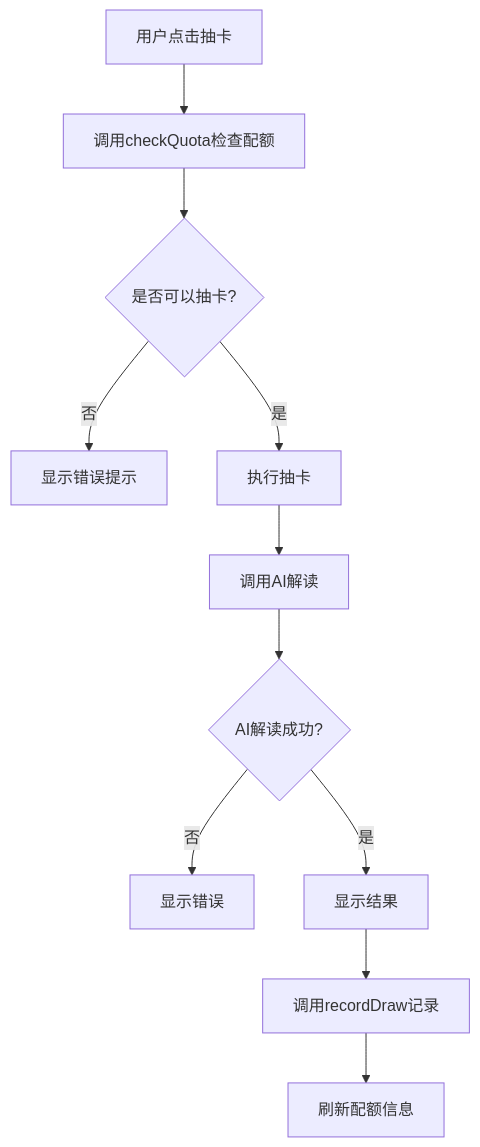
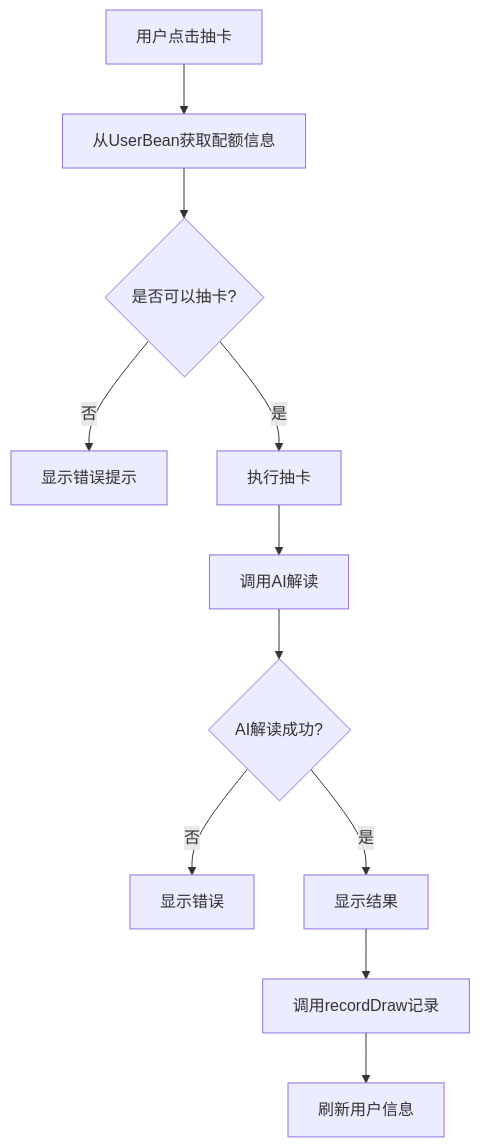
The diagram in docs/api/drawCardManagement-api.md (jiucongtian/lianshanyi_miniapp_saas), drawn with Mermaid before and after one commit. The commit also changed other lines of this file and 11 other files, not shown here.

````diff
--- a/docs/api/drawCardManagement-api.md
+++ b/docs/api/drawCardManagement-api.md
@@ -20,13 +20,13 @@
 ```mermaid
 graph TD
-    A[用户点击抽卡] --> B[调用checkQuota检查配额]
+    A[用户点击抽卡] --> B[从UserBean获取配额信息]
     B --> C{是否可以抽卡?}
     C -->|否| D[显示错误提示]
     C -->|是| E[执行抽卡]
     E --> F[调用AI解读]
     F --> G{AI解读成功?}
     G -->|否| H[显示错误]
     G -->|是| I[显示结果]
     I --> J[调用recordDraw记录]
-    J --> K[刷新配额信息]
+    J --> K[刷新用户信息]
 ```
````
